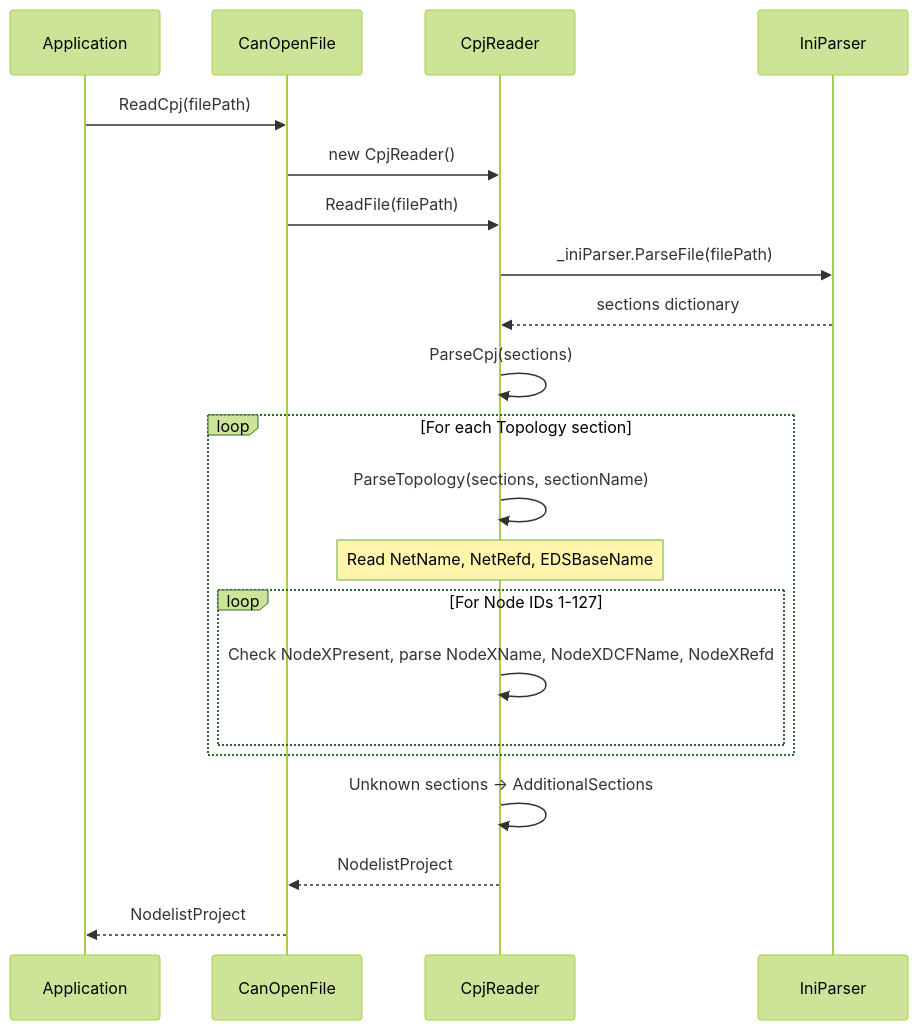
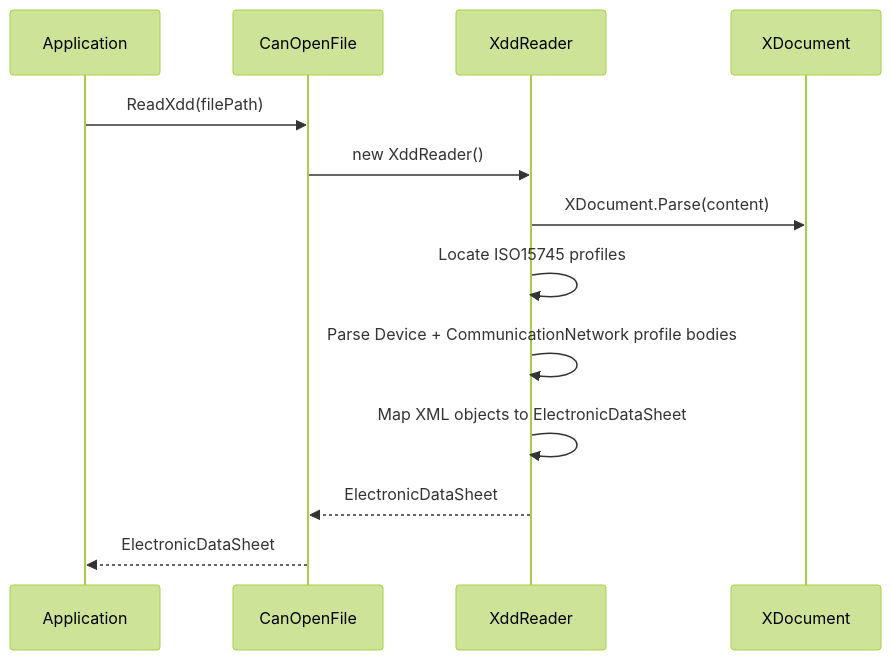
The fifth of 7 diagrams in docs/architecture/06-runtime-view.md (dborgards/eds-dcf-net), drawn with Mermaid (forest theme) before and after one commit. The commit also changed other lines of this file and 14 other files, not shown here.

Commit message:
docs: align readme and architecture with current format support (#65)

````diff
--- a/docs/architecture/06-runtime-view.md
+++ b/docs/architecture/06-runtime-view.md
@@ -113,26 +101,16 @@
 ```mermaid
 sequenceDiagram
     participant App as Application
     participant CF as CanOpenFile
-    participant CR as CpjReader
-    participant IP as IniParser
+    participant XR as XddReader
+    participant XML as XDocument
 
-    App->>CF: ReadCpj(filePath)
-    CF->>CR: new CpjReader()
-    CF->>CR: ReadFile(filePath)
-    CR->>IP: _iniParser.ParseFile(filePath)
-    IP-->>CR: sections dictionary
-    CR->>CR: ParseCpj(sections)
-
-    loop For each Topology section
-        CR->>CR: ParseTopology(sections, sectionName)
-        Note over CR: Read NetName, NetRefd, EDSBaseName
-        loop For Node IDs 1-127
-            CR->>CR: Check NodeXPresent, parse NodeXName, NodeXDCFName, NodeXRefd
-        end
-    end
-
-    CR->>CR: Unknown sections → AdditionalSections
-    CR-->>CF: NodelistProject
-    CF-->>App: NodelistProject
+    App->>CF: ReadXdd(filePath)
+    CF->>XR: new XddReader()
+    XR->>XML: XDocument.Parse(content)
+    XR->>XR: Locate ISO15745 profiles
+    XR->>XR: Parse Device + CommunicationNetwork profile bodies
+    XR->>XR: Map XML objects to ElectronicDataSheet
+    XR-->>CF: ElectronicDataSheet
+    CF-->>App: ElectronicDataSheet
 ```
````
